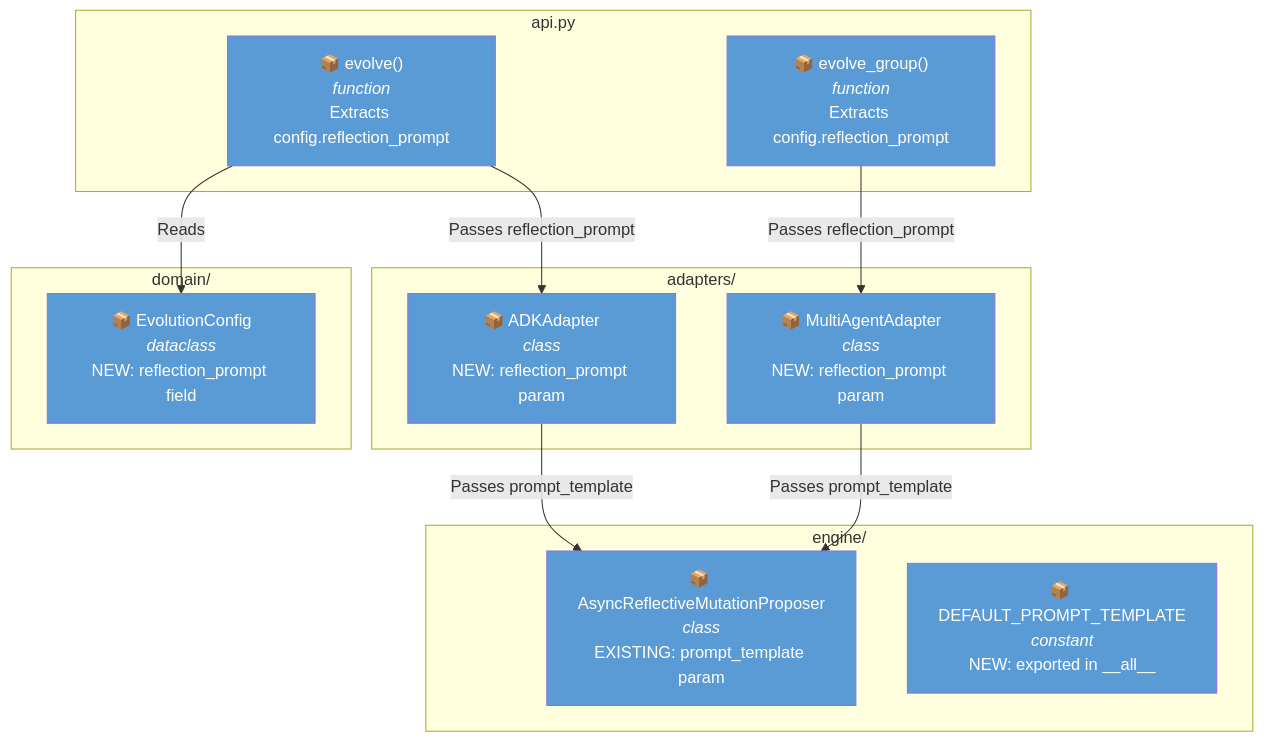
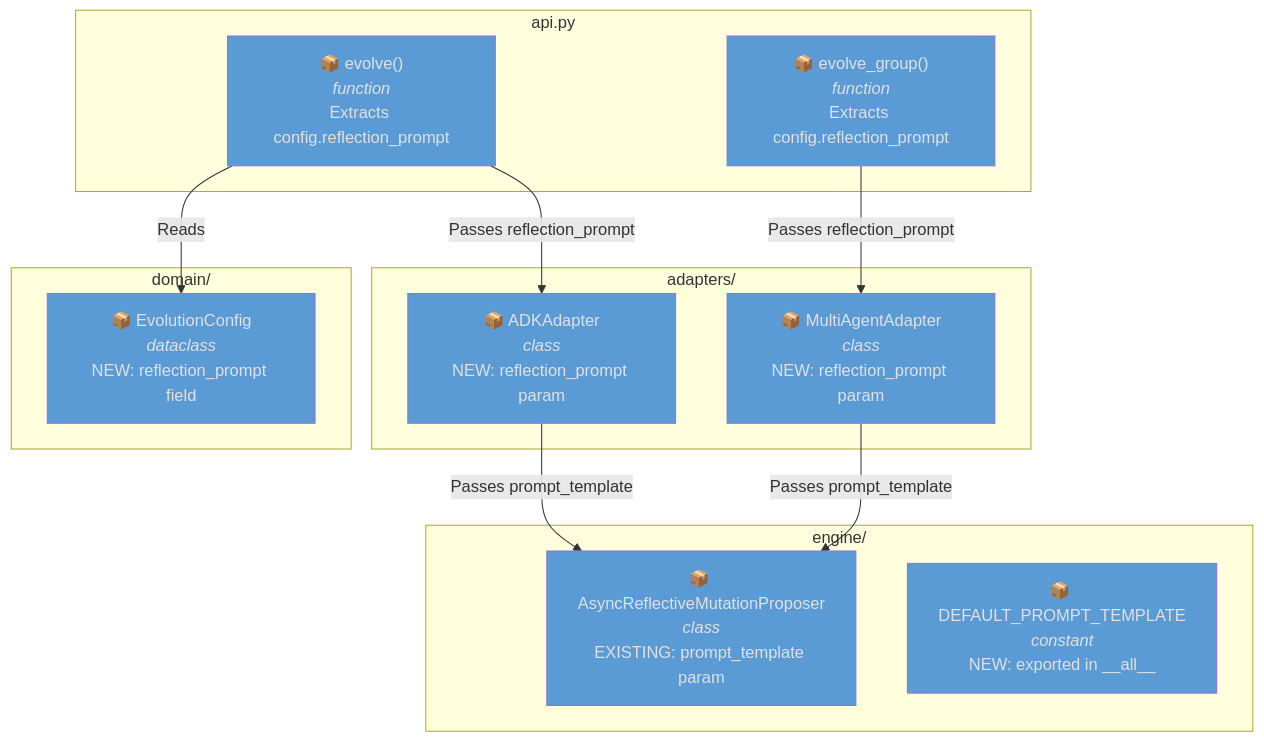
One commit to Alberto-Codes/gepa-adk changed the third of 9 diagrams in specs/032-reflection-prompt-config/architecture.md. Above: the diagram before and after it, drawn with Mermaid. The commit also changed other lines of this file, not shown here.

Commit message:
feat(spec): enhance architecture documentation with updated constraints and color-coded diagrams for clarity

````diff
--- a/specs/032-reflection-prompt-config/architecture.md
+++ b/specs/032-reflection-prompt-config/architecture.md
@@ -117,35 +133,35 @@
 ```mermaid
 flowchart TB
     subgraph domain["domain/"]
         config["📦 EvolutionConfig<br/><i>dataclass</i><br/>NEW: reflection_prompt field"]
     end
 
     subgraph api_layer["api.py"]
         evolve["📦 evolve()<br/><i>function</i><br/>Extracts config.reflection_prompt"]
         evolve_group["📦 evolve_group()<br/><i>function</i><br/>Extracts config.reflection_prompt"]
     end
 
     subgraph adapters["adapters/"]
         adk_adapter["📦 ADKAdapter<br/><i>class</i><br/>NEW: reflection_prompt param"]
         multi_adapter["📦 MultiAgentAdapter<br/><i>class</i><br/>NEW: reflection_prompt param"]
     end
 
     subgraph engine["engine/"]
         proposer["📦 AsyncReflectiveMutationProposer<br/><i>class</i><br/>EXISTING: prompt_template param"]
         default_prompt["📦 DEFAULT_PROMPT_TEMPLATE<br/><i>constant</i><br/>NEW: exported in __all__"]
     end
 
     evolve -->|"Reads"| config
     evolve -->|"Passes reflection_prompt"| adk_adapter
     evolve_group -->|"Passes reflection_prompt"| multi_adapter
     adk_adapter -->|"Passes prompt_template"| proposer
     multi_adapter -->|"Passes prompt_template"| proposer
 
-    style config fill:#5B9BD5,color:#fff
-    style evolve fill:#5B9BD5,color:#fff
-    style evolve_group fill:#5B9BD5,color:#fff
-    style adk_adapter fill:#5B9BD5,color:#fff
-    style multi_adapter fill:#5B9BD5,color:#fff
-    style proposer fill:#5B9BD5,color:#fff
-    style default_prompt fill:#5B9BD5,color:#fff
+    style config fill:#5B9BD5,color:#E0E0E0
+    style evolve fill:#5B9BD5,color:#E0E0E0
+    style evolve_group fill:#5B9BD5,color:#E0E0E0
+    style adk_adapter fill:#5B9BD5,color:#E0E0E0
+    style multi_adapter fill:#5B9BD5,color:#E0E0E0
+    style proposer fill:#5B9BD5,color:#E0E0E0
+    style default_prompt fill:#5B9BD5,color:#E0E0E0
 ```
````
